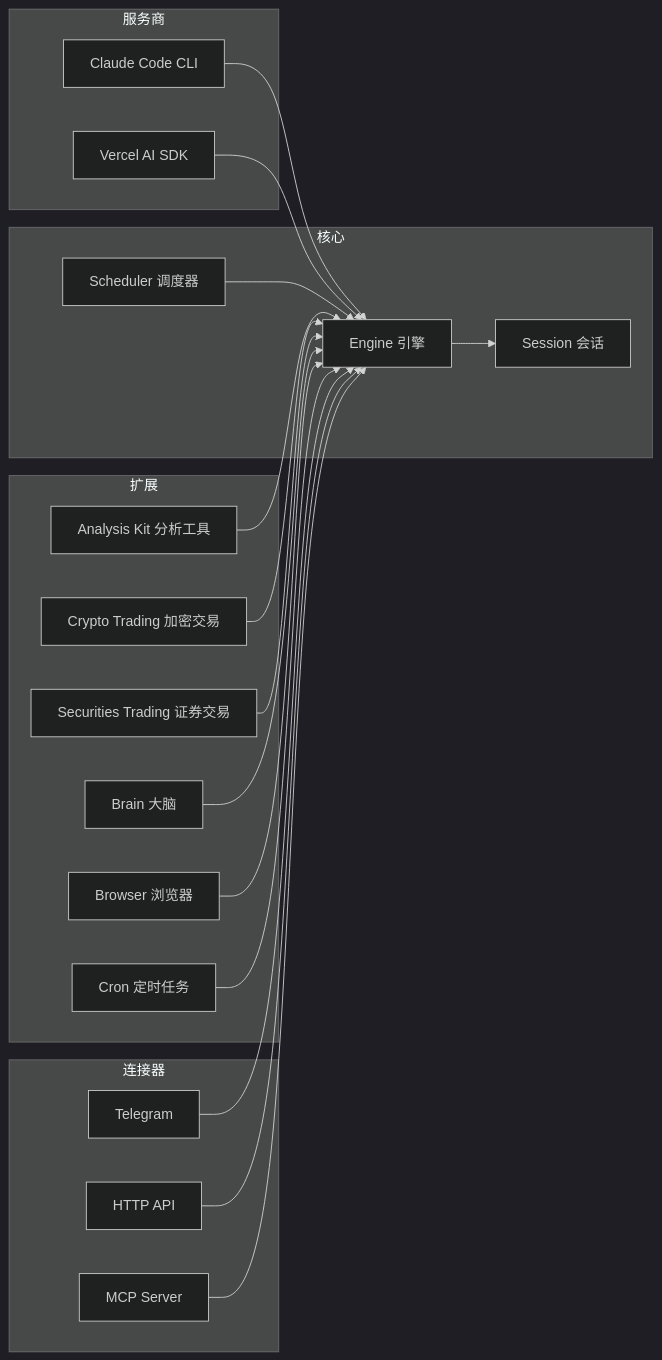
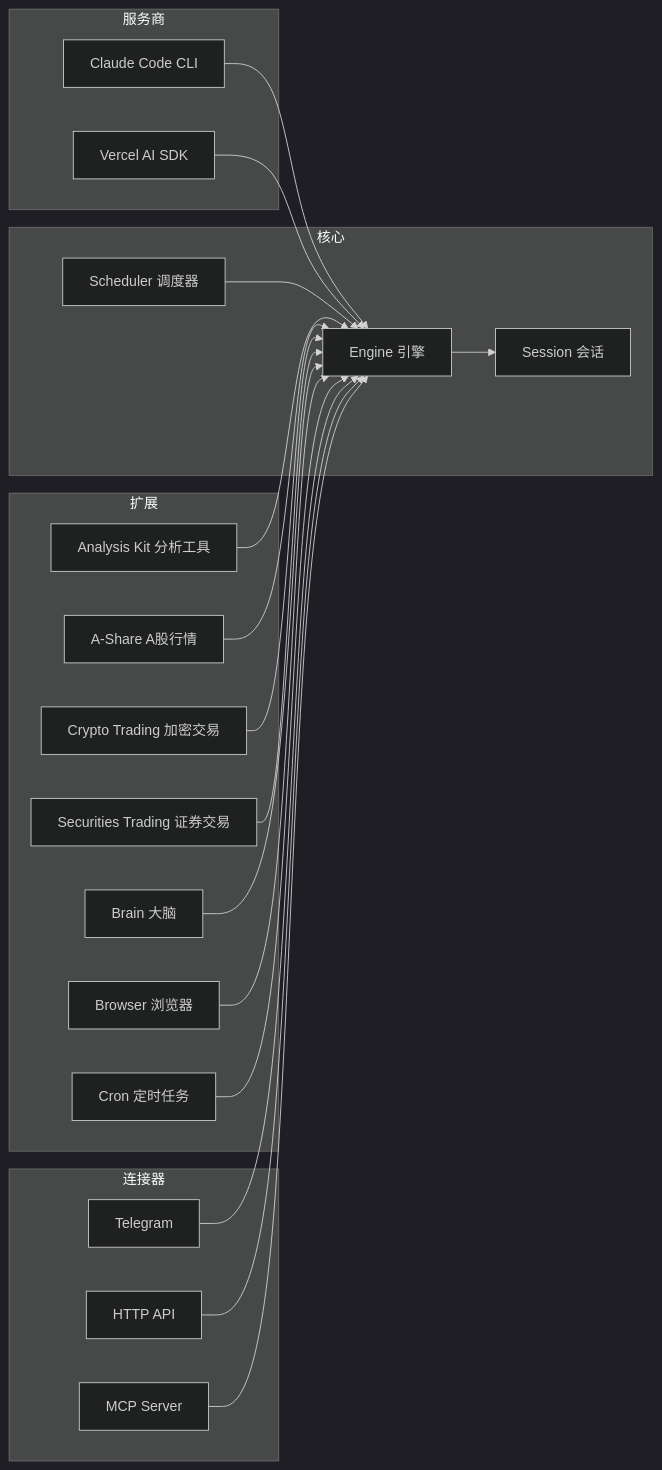
The diagram in README.md (imsatoshi/TradeClaw), drawn with Mermaid (dark theme) before and after one commit. The commit also changed other lines of this file, not shown here.

Commit message:
Add A-share analysis section to README

````diff
--- a/README.md
+++ b/README.md
@@ -28,42 +29,44 @@
 ```mermaid
 graph LR
   subgraph 服务商
     CC[Claude Code CLI]
     VS[Vercel AI SDK]
   end
 
   subgraph 核心
     E[Engine 引擎]
     S[Session 会话]
     SC[Scheduler 调度器]
   end
 
   subgraph 扩展
     AK[Analysis Kit 分析工具]
+    AS[A-Share A股行情]
     CT[Crypto Trading 加密交易]
     ST[Securities Trading 证券交易]
     BR[Brain 大脑]
     BW[Browser 浏览器]
     CR[Cron 定时任务]
   end
 
   subgraph 连接器
     TG[Telegram]
     HTTP[HTTP API]
     MCP[MCP Server]
   end
 
   CC --> E
   VS --> E
   E --> S
   SC --> E
   AK --> E
+  AS --> E
   CT --> E
   ST --> E
   BR --> E
   BW --> E
   CR --> E
   TG --> E
   HTTP --> E
   MCP --> E
 ```
````
